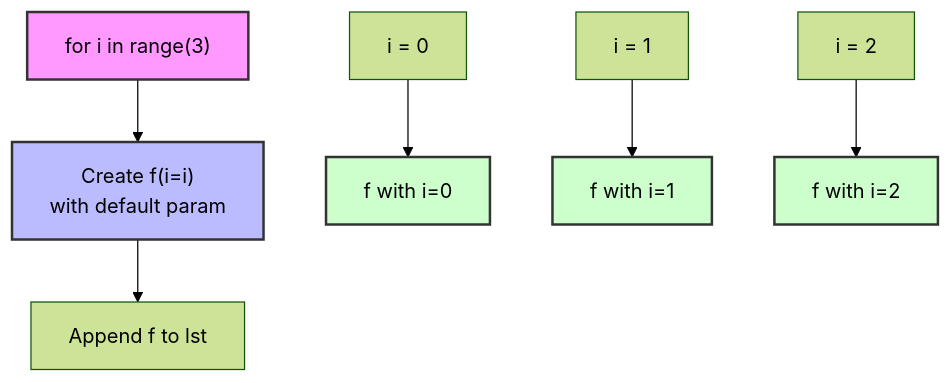
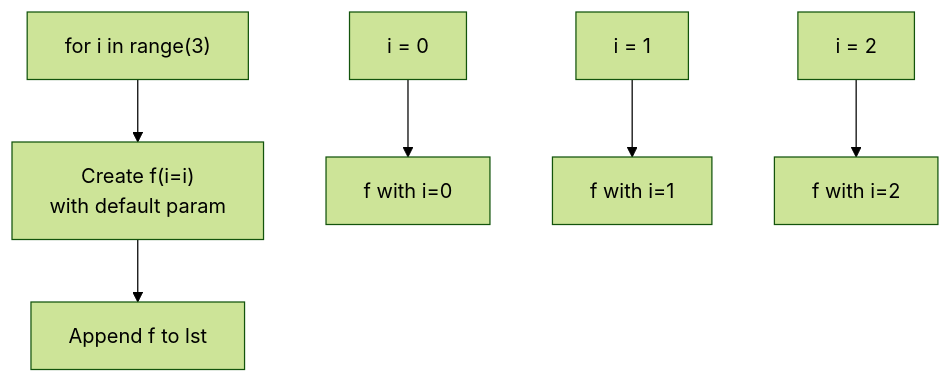
One commit to AhmeDiaaU/PythonDocumentation changed the fourth of 9 diagrams in Functions/Closure.md. Above: the diagram before and after it, drawn with Mermaid (forest theme). The commit also changed other lines of this file, not shown here.

````diff
--- a/Functions/Closure.md
+++ b/Functions/Closure.md
@@ -209,25 +106,8 @@
 ```mermaid
-
 flowchart TD
-
-    A["for i in range(3)"] --> B["Create f(i=i)<br>with default param"]
-
-    B --> C["Append f to lst"]
-
-    D["i = 0"] --> E["f with i=0"]
-
-    F["i = 1"] --> G["f with i=1"]
-
-    H["i = 2"] --> I["f with i=2"]
-
-    style A fill:#f9f,stroke:#333,stroke-width:2px
-
-    style B fill:#bbf,stroke:#333,stroke-width:2px
-
-    style E fill:#ccffcc,stroke:#333,stroke-width:2px
-
-    style G fill:#ccffcc,stroke:#333,stroke-width:2px
-
-    style I fill:#ccffcc,stroke:#333,stroke-width:2px
-
+    A["for i in range(3)"] --> B["Create f(i=i)<br>with default param"]
+    B --> C["Append f to lst"]
+    D["i = 0"] --> E["f with i=0"]
+    F["i = 1"] --> G["f with i=1"]
+    H["i = 2"] --> I["f with i=2"]
 ```
````
